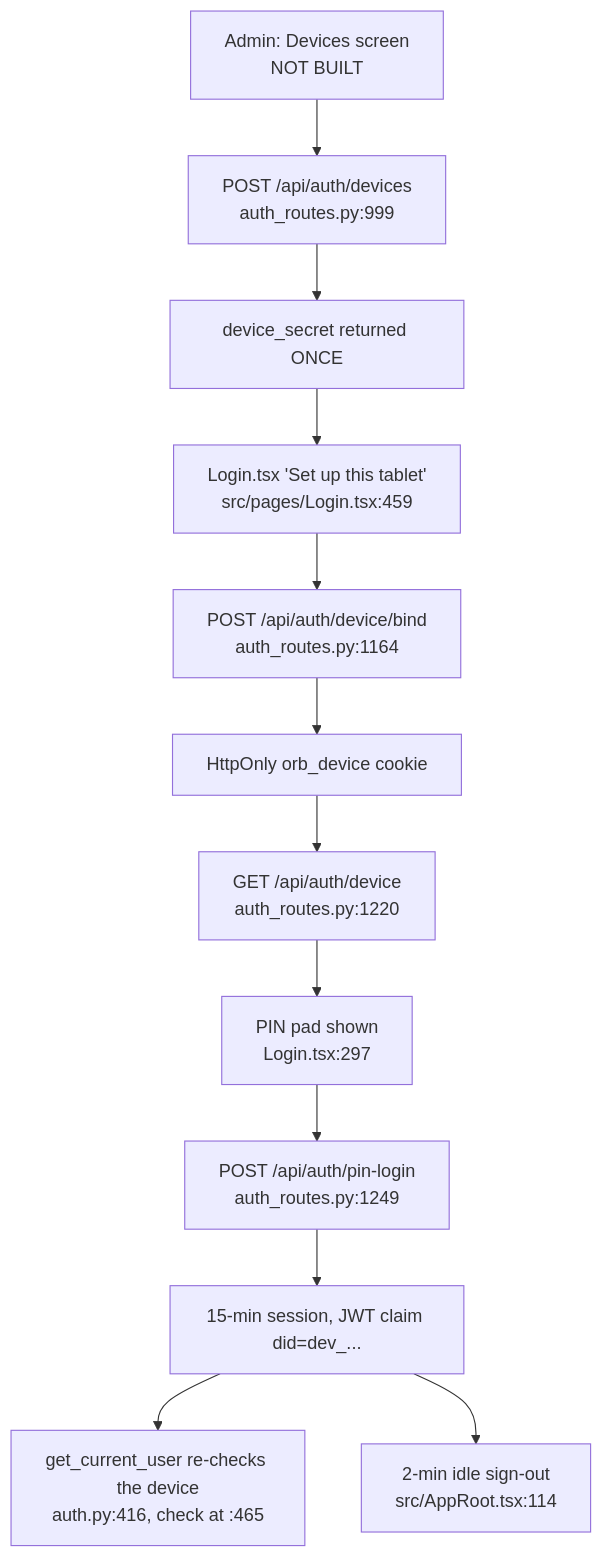
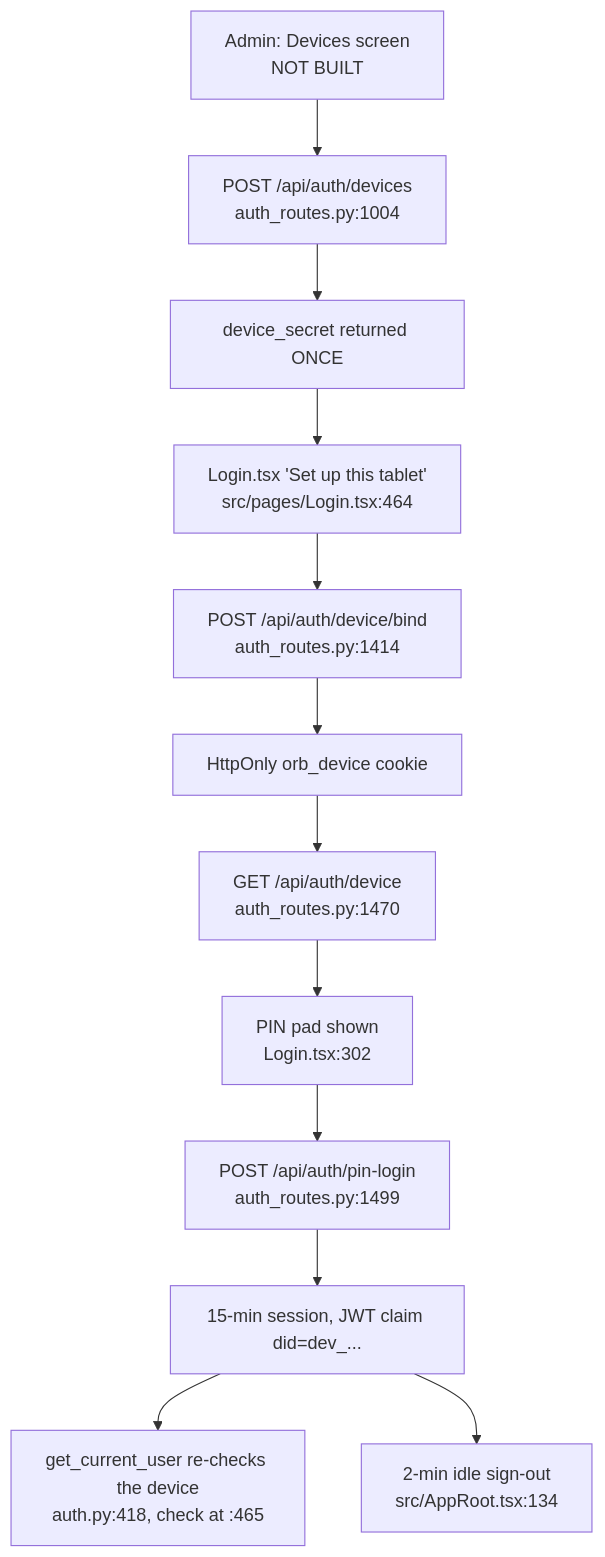
Before and after one commit to samuelmorningstar23/Orb: the first of 2 diagrams in docs/guide/33-pin-on-device-identity.md, drawn with Mermaid. The commit also changed other lines of this file and 135 other files, not shown here.

````diff
--- a/docs/guide/33-pin-on-device-identity.md
+++ b/docs/guide/33-pin-on-device-identity.md
@@ -33,14 +33,14 @@
 ```mermaid
 graph TD
-  ADMIN[Admin: Devices screen<br/>NOT BUILT] --> ENROLL[POST /api/auth/devices<br/>auth_routes.py:999]
+  ADMIN[Admin: Devices screen<br/>NOT BUILT] --> ENROLL[POST /api/auth/devices<br/>auth_routes.py:1004]
   ENROLL --> SECRET[device_secret returned ONCE]
-  SECRET --> SETUP[Login.tsx 'Set up this tablet'<br/>src/pages/Login.tsx:459]
-  SETUP --> BIND[POST /api/auth/device/bind<br/>auth_routes.py:1164]
+  SECRET --> SETUP[Login.tsx 'Set up this tablet'<br/>src/pages/Login.tsx:464]
+  SETUP --> BIND[POST /api/auth/device/bind<br/>auth_routes.py:1414]
   BIND --> COOKIE[HttpOnly orb_device cookie]
-  COOKIE --> STATUS[GET /api/auth/device<br/>auth_routes.py:1220]
-  STATUS --> PINPAD[PIN pad shown<br/>Login.tsx:297]
-  PINPAD --> PINLOGIN[POST /api/auth/pin-login<br/>auth_routes.py:1249]
+  COOKIE --> STATUS[GET /api/auth/device<br/>auth_routes.py:1470]
+  STATUS --> PINPAD[PIN pad shown<br/>Login.tsx:302]
+  PINPAD --> PINLOGIN[POST /api/auth/pin-login<br/>auth_routes.py:1499]
   PINLOGIN --> SESSION[15-min session, JWT claim did=dev_...]
-  SESSION --> RECHECK[get_current_user re-checks the device<br/>auth.py:416, check at :465]
-  SESSION --> IDLE[2-min idle sign-out<br/>src/AppRoot.tsx:114]
+  SESSION --> RECHECK[get_current_user re-checks the device<br/>auth.py:418, check at :465]
+  SESSION --> IDLE[2-min idle sign-out<br/>src/AppRoot.tsx:134]
 ```
````
